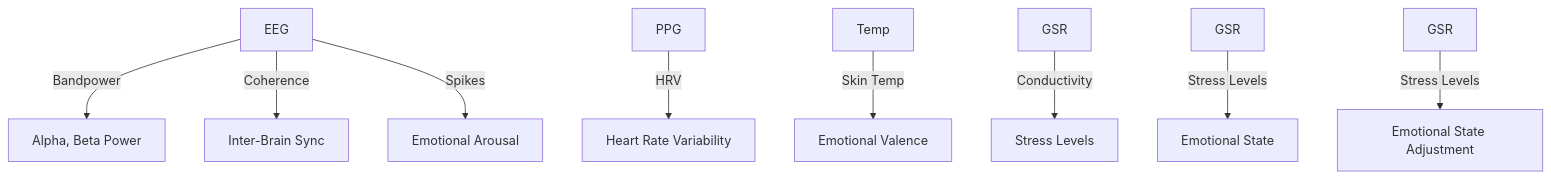
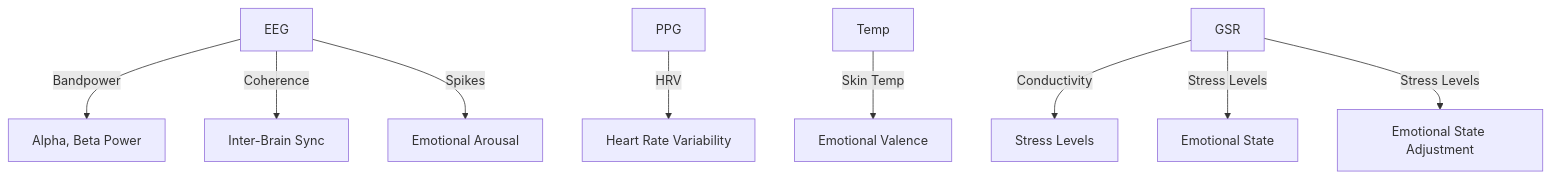
Before and after one commit to JoshPattani/ReSi_Rendered-Embodiment-of-Social-Interactions: the second of 3 diagrams in README.md, drawn with Mermaid.

Commit message:
Fix GSR diagram in README.md to correct stress levels mapping

````diff
--- a/README.md
+++ b/README.md
@@ -77,11 +77,11 @@
 ```mermaid
 graph TD;
     A[EEG] -->|Bandpower| B[Alpha, Beta Power];
     A -->|Coherence| C[Inter-Brain Sync];
     D[PPG] -->|HRV| E[Heart Rate Variability];
     A -->|Spikes| F[Emotional Arousal];
     G[Temp] -->|Skin Temp| H[Emotional Valence];
     I[GSR] -->|Conductivity| J[Stress Levels];
-    K[GSR] -->|Stress Levels| L[Emotional State];
-    M[GSR] -->|Stress Levels| N[Emotional State Adjustment];
+    I -->|Stress Levels| L[Emotional State];
+    I -->|Stress Levels| N[Emotional State Adjustment];
 ```
````
